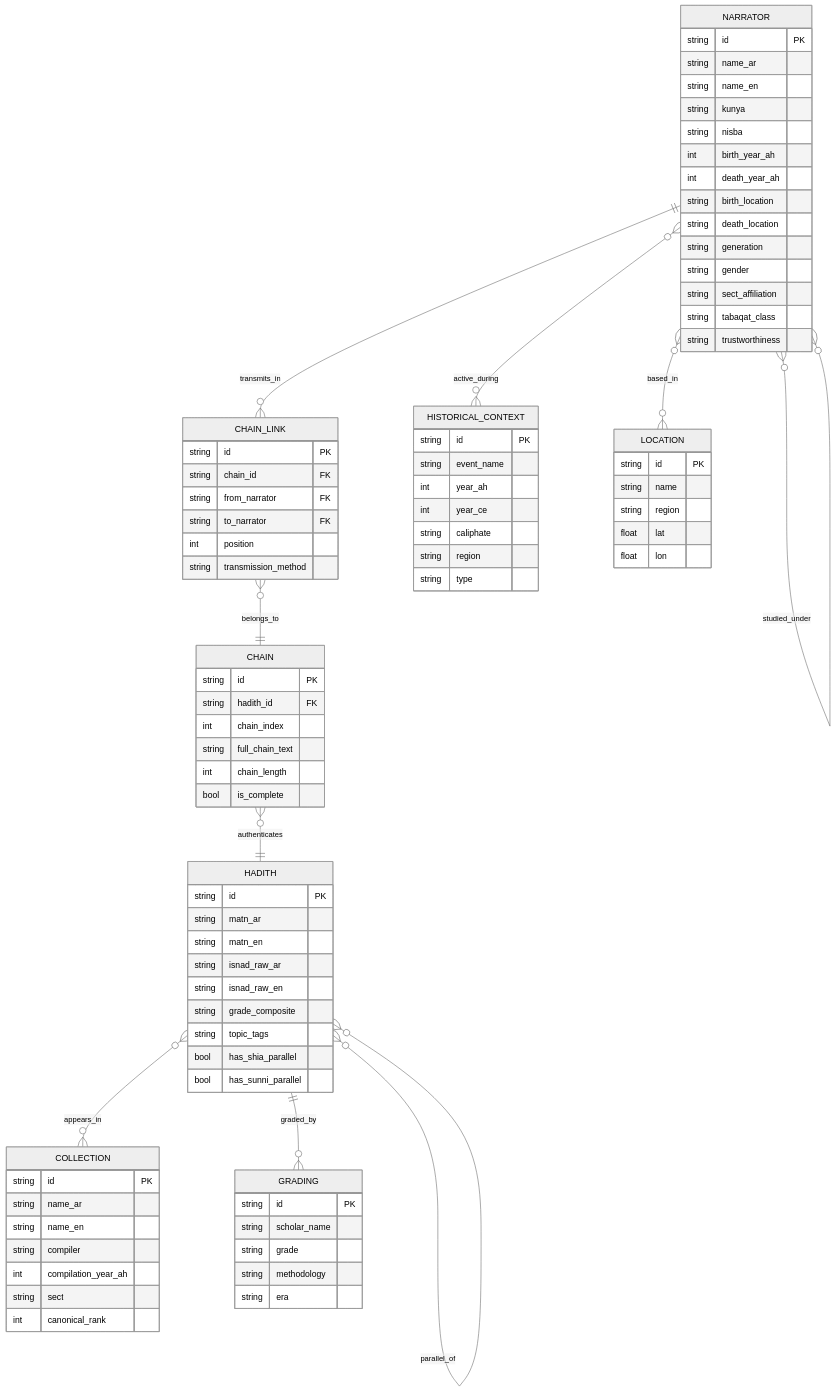
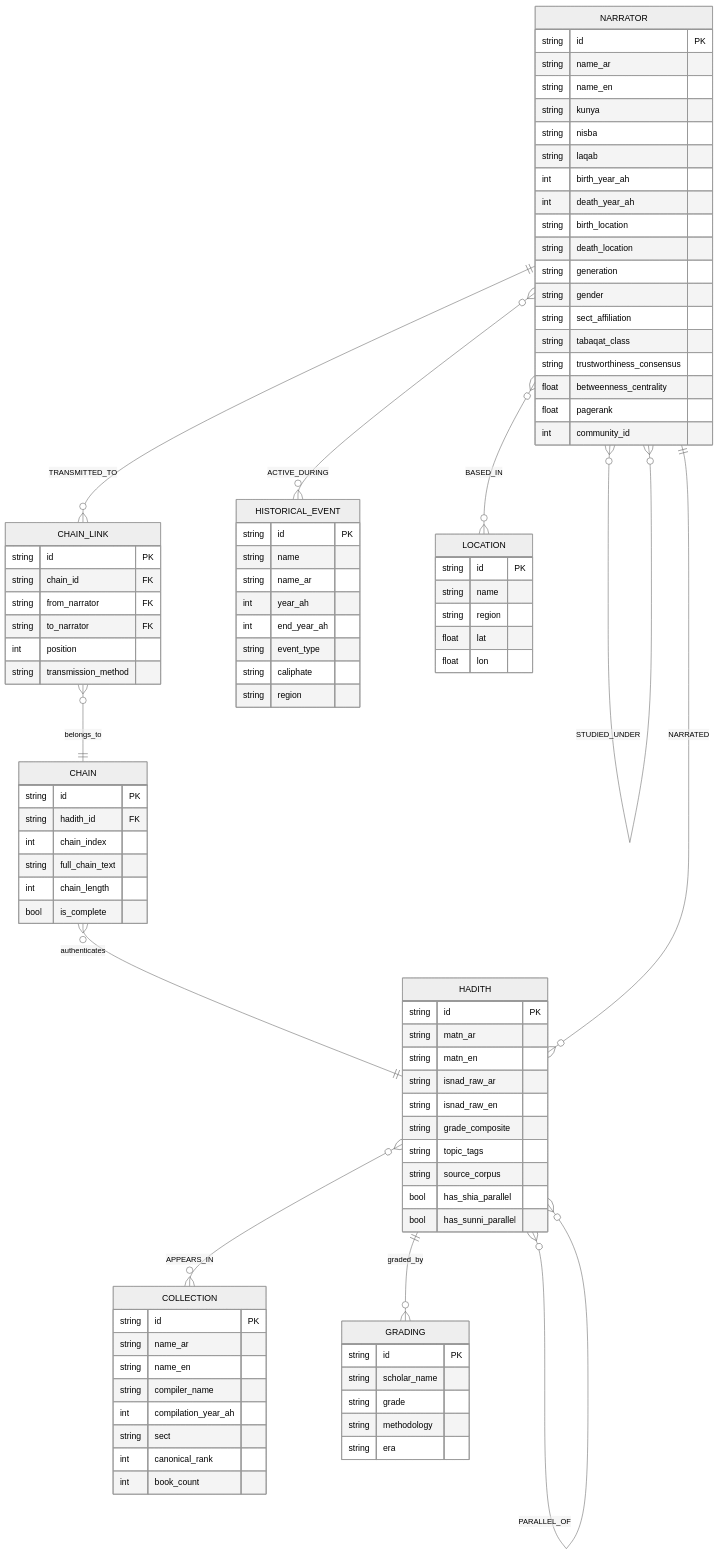
Before and after one commit to noorinalabs/isnad-graph: the diagram in docs/diagrams/entity_relationships.mmd, drawn with Mermaid (neutral theme). The commit also changed 3 other files, not shown here.

First line of the commit message:
docs(diagrams): update architecture, ER, and Gantt diagrams; add auth flow (#214)

```diff
--- a/docs/diagrams/entity_relationships.mmd
+++ b/docs/diagrams/entity_relationships.mmd
@@ -1,86 +1,94 @@
 erDiagram
     NARRATOR {
         string id PK
         string name_ar
         string name_en
         string kunya
         string nisba
+        string laqab
         int birth_year_ah
         int death_year_ah
         string birth_location
         string death_location
         string generation
         string gender
         string sect_affiliation
         string tabaqat_class
-        string trustworthiness
+        string trustworthiness_consensus
+        float betweenness_centrality
+        float pagerank
+        int community_id
     }
     HADITH {
         string id PK
         string matn_ar
         string matn_en
         string isnad_raw_ar
         string isnad_raw_en
         string grade_composite
         string topic_tags
+        string source_corpus
         bool has_shia_parallel
         bool has_sunni_parallel
     }
     COLLECTION {
         string id PK
         string name_ar
         string name_en
-        string compiler
+        string compiler_name
         int compilation_year_ah
         string sect
         int canonical_rank
+        int book_count
     }
     GRADING {
         string id PK
         string scholar_name
         string grade
         string methodology
         string era
     }
     CHAIN {
         string id PK
         string hadith_id FK
         int chain_index
         string full_chain_text
         int chain_length
         bool is_complete
     }
     CHAIN_LINK {
         string id PK
         string chain_id FK
         string from_narrator FK
         string to_narrator FK
         int position
         string transmission_method
     }
-    HISTORICAL_CONTEXT {
+    HISTORICAL_EVENT {
         string id PK
-        string event_name
+        string name
+        string name_ar
         int year_ah
-        int year_ce
+        int end_year_ah
+        string event_type
         string caliphate
         string region
-        string type
     }
     LOCATION {
         string id PK
         string name
         string region
         float lat
         float lon
     }
 
-    NARRATOR ||--o{ CHAIN_LINK : "transmits_in"
+    NARRATOR ||--o{ CHAIN_LINK : "TRANSMITTED_TO"
     CHAIN_LINK }o--|| CHAIN : "belongs_to"
     CHAIN }o--|| HADITH : "authenticates"
-    HADITH }o--o{ COLLECTION : "appears_in"
+    HADITH }o--o{ COLLECTION : "APPEARS_IN"
     HADITH ||--o{ GRADING : "graded_by"
-    NARRATOR }o--o{ NARRATOR : "studied_under"
-    NARRATOR }o--o{ LOCATION : "based_in"
-    NARRATOR }o--o{ HISTORICAL_CONTEXT : "active_during"
-    HADITH }o--o{ HADITH : "parallel_of"
+    NARRATOR }o--o{ NARRATOR : "STUDIED_UNDER"
+    NARRATOR ||--o{ HADITH : "NARRATED"
+    NARRATOR }o--o{ LOCATION : "BASED_IN"
+    NARRATOR }o--o{ HISTORICAL_EVENT : "ACTIVE_DURING"
+    HADITH }o--o{ HADITH : "PARALLEL_OF"
```
